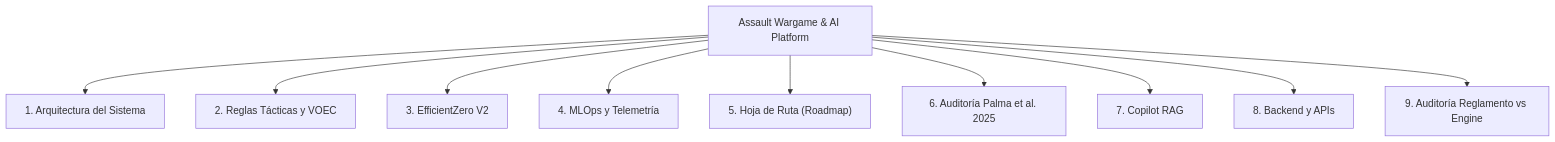
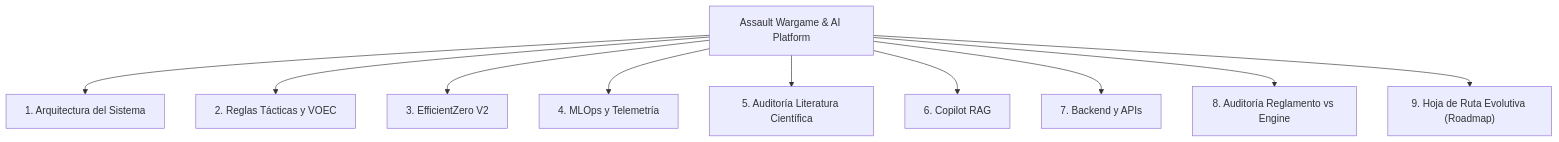
One commit to richardcc/assault-ai-pilot changed the diagram in docs/index.md. Above: the diagram before and after it, drawn with Mermaid. The commit also changed other lines of this file and 5 other files, not shown here.

Commit message:
docs(roadmap): unify all roadmap sections into 05_ROADMAP_EVOLUTIVO.md as final doc item

````diff
--- a/docs/index.md
+++ b/docs/index.md
@@ -12,24 +12,24 @@
 ```mermaid
 graph TD
     ROOT["Assault Wargame & AI Platform"]
     
     C1["1. Arquitectura del Sistema"]
     C2["2. Reglas Tácticas y VOEC"]
     C3["3. EfficientZero V2"]
     C4["4. MLOps y Telemetría"]
-    C5["5. Hoja de Ruta (Roadmap)"]
-    C6["6. Auditoría Palma et al. 2025"]
-    C7["7. Copilot RAG"]
-    C8["8. Backend y APIs"]
-    C9["9. Auditoría Reglamento vs Engine"]
+    C5["5. Auditoría Literatura Científica"]
+    C6["6. Copilot RAG"]
+    C7["7. Backend y APIs"]
+    C8["8. Auditoría Reglamento vs Engine"]
+    C9["9. Hoja de Ruta Evolutiva (Roadmap)"]
     
     ROOT --> C1
     ROOT --> C2
     ROOT --> C3
     ROOT --> C4
     ROOT --> C5
     ROOT --> C6
     ROOT --> C7
     ROOT --> C8
     ROOT --> C9
 ```
````
